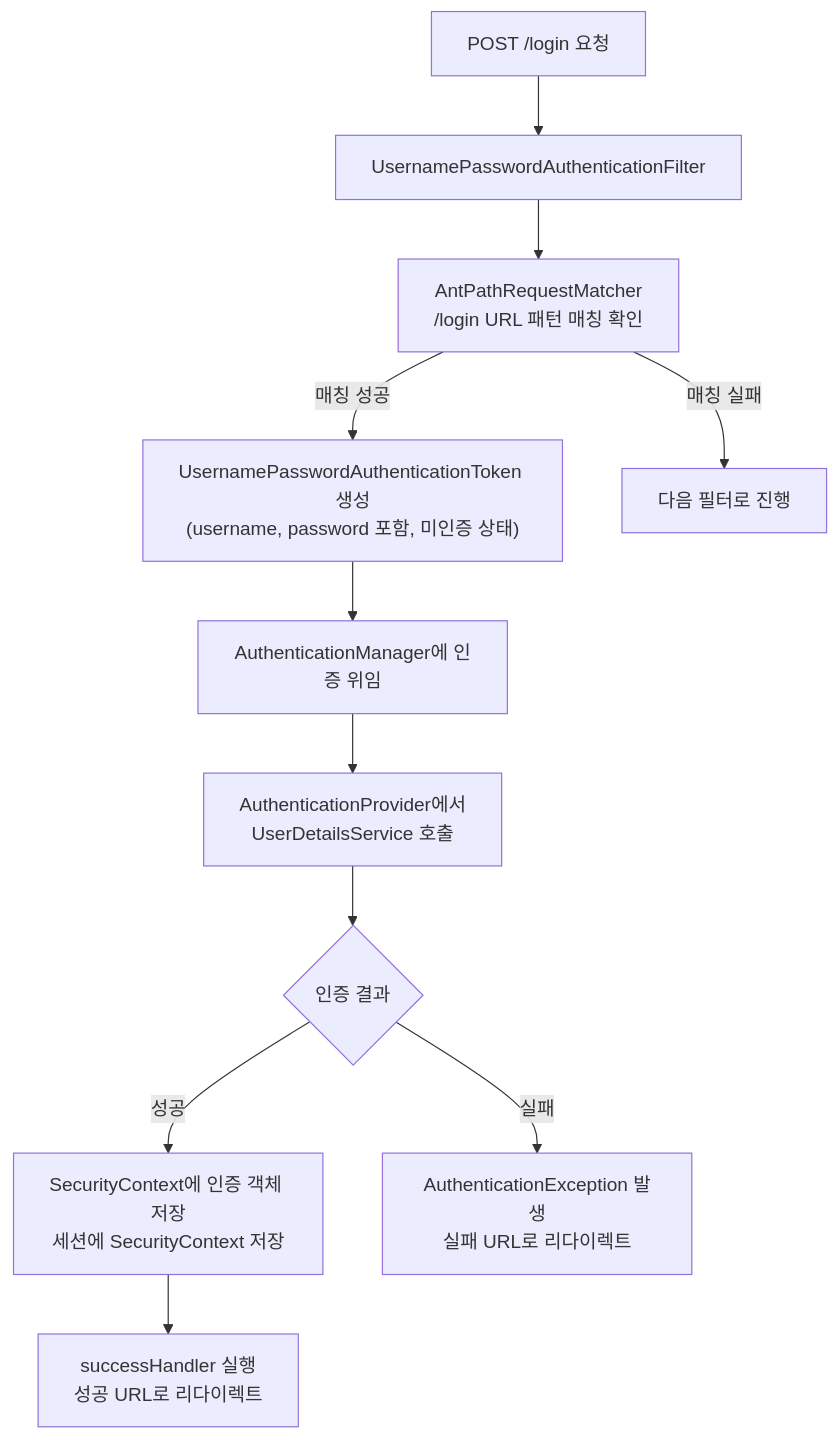
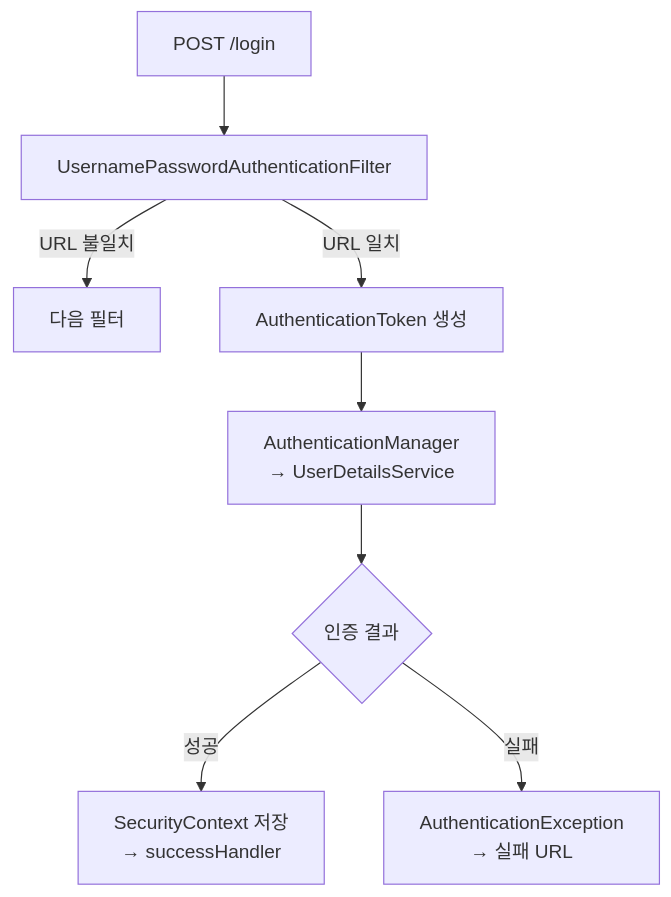
One commit to yjkim2015/yjkim2015.github.io changed the second of 2 diagrams in _posts/security/2021-01-14-Form 인증 방식.md. Above: the diagram before and after it, drawn with Mermaid. The commit also changed other lines of this file and 215 other files, not shown here.

First line of the commit message:
신규 포스트 10개 추가 + Mermaid 전면 축소 + SystemDesign 시리즈 보강

````diff
--- a/_posts/security/2021-01-14-Form 인증 방식.md
+++ b/_posts/security/2021-01-14-Form 인증 방식.md
@@ -184,13 +176,10 @@
 ```mermaid
 flowchart TD
-    A["POST /login 요청"] --> B["UsernamePasswordAuthenticationFilter"]
-    B --> C["AntPathRequestMatcher\n/login URL 패턴 매칭 확인"]
-    C -- "매칭 성공" --> D["UsernamePasswordAuthenticationToken 생성\n(username, password 포함, 미인증 상태)"]
-    C -- "매칭 실패" --> E["다음 필터로 진행"]
-    D --> F["AuthenticationManager에 인증 위임"]
-    F --> G["AuthenticationProvider에서\nUserDetailsService 호출"]
-    G --> H{"인증 결과"}
-    H -- "성공" --> I["SecurityContext에 인증 객체 저장\n세션에 SecurityContext 저장"]
-    H -- "실패" --> J["AuthenticationException 발생\n실패 URL로 리다이렉트"]
-    I --> K["successHandler 실행\n성공 URL로 리다이렉트"]
+    A["POST /login"] --> B["UsernamePasswordAuthenticationFilter"]
+    B -->|URL 불일치| E["다음 필터"]
+    B -->|URL 일치| D["AuthenticationToken 생성"]
+    D --> F["AuthenticationManager\n→ UserDetailsService"]
+    F --> H{"인증 결과"}
+    H -->|성공| I["SecurityContext 저장\n→ successHandler"]
+    H -->|실패| J["AuthenticationException\n→ 실패 URL"]
 ```
````
